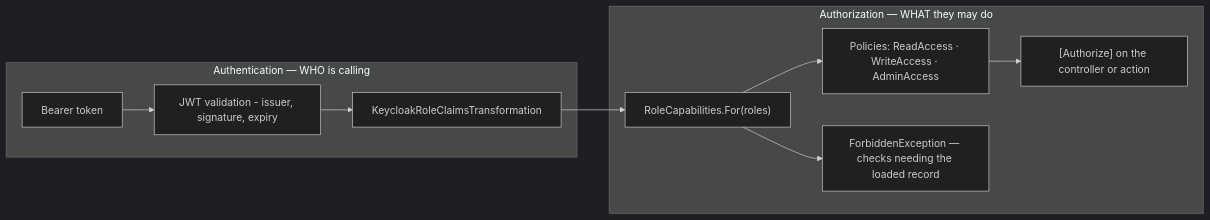
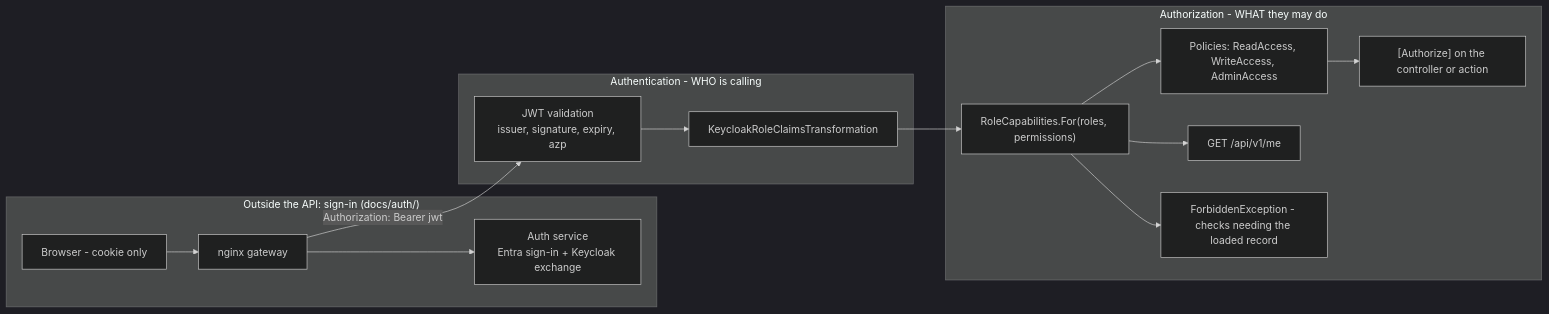
Before and after one commit to Emadkhanqai/aj-boilerplate-be: the fourth of 8 diagrams in docs/architecture.md, drawn with Mermaid (dark theme). The commit also changed other lines of this file and 283 other files, not shown here.

````diff
--- a/docs/architecture.md
+++ b/docs/architecture.md
@@ -744,13 +750,18 @@
 ```mermaid
 flowchart LR
-  subgraph AUTHN["Authentication — WHO is calling"]
-    T["Bearer token"] --> V["JWT validation - issuer, signature, expiry"]
+  subgraph OUT["Outside the API: sign-in (docs/auth/)"]
+    B["Browser - cookie only"] --> N["nginx gateway"]
+    N --> AS["Auth service<br/>Entra sign-in + Keycloak exchange"]
+  end
+  subgraph AUTHN["Authentication - WHO is calling"]
+    N -->|"Authorization: Bearer jwt"| V["JWT validation<br/>issuer, signature, expiry, azp"]
     V --> CT["KeycloakRoleClaimsTransformation"]
   end
-  subgraph AUTHZ["Authorization — WHAT they may do"]
-    CT --> CAP["RoleCapabilities.For(roles)"]
-    CAP --> P["Policies: ReadAccess · WriteAccess · AdminAccess"]
+  subgraph AUTHZ["Authorization - WHAT they may do"]
+    CT --> CAP["RoleCapabilities.For(roles, permissions)"]
+    CAP --> P["Policies: ReadAccess, WriteAccess, AdminAccess"]
     P --> EP["[Authorize] on the controller or action"]
-    CAP --> OWN["ForbiddenException — checks needing the loaded record"]
+    CAP --> ME["GET /api/v1/me"]
+    CAP --> OWN["ForbiddenException - checks needing the loaded record"]
   end
 ```
````
